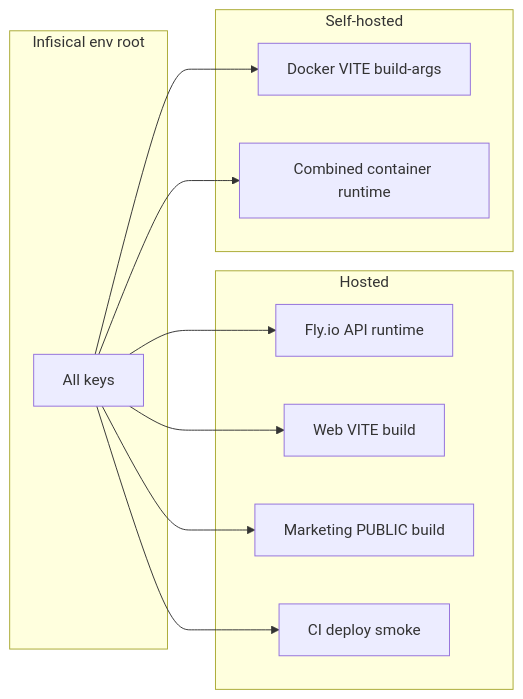
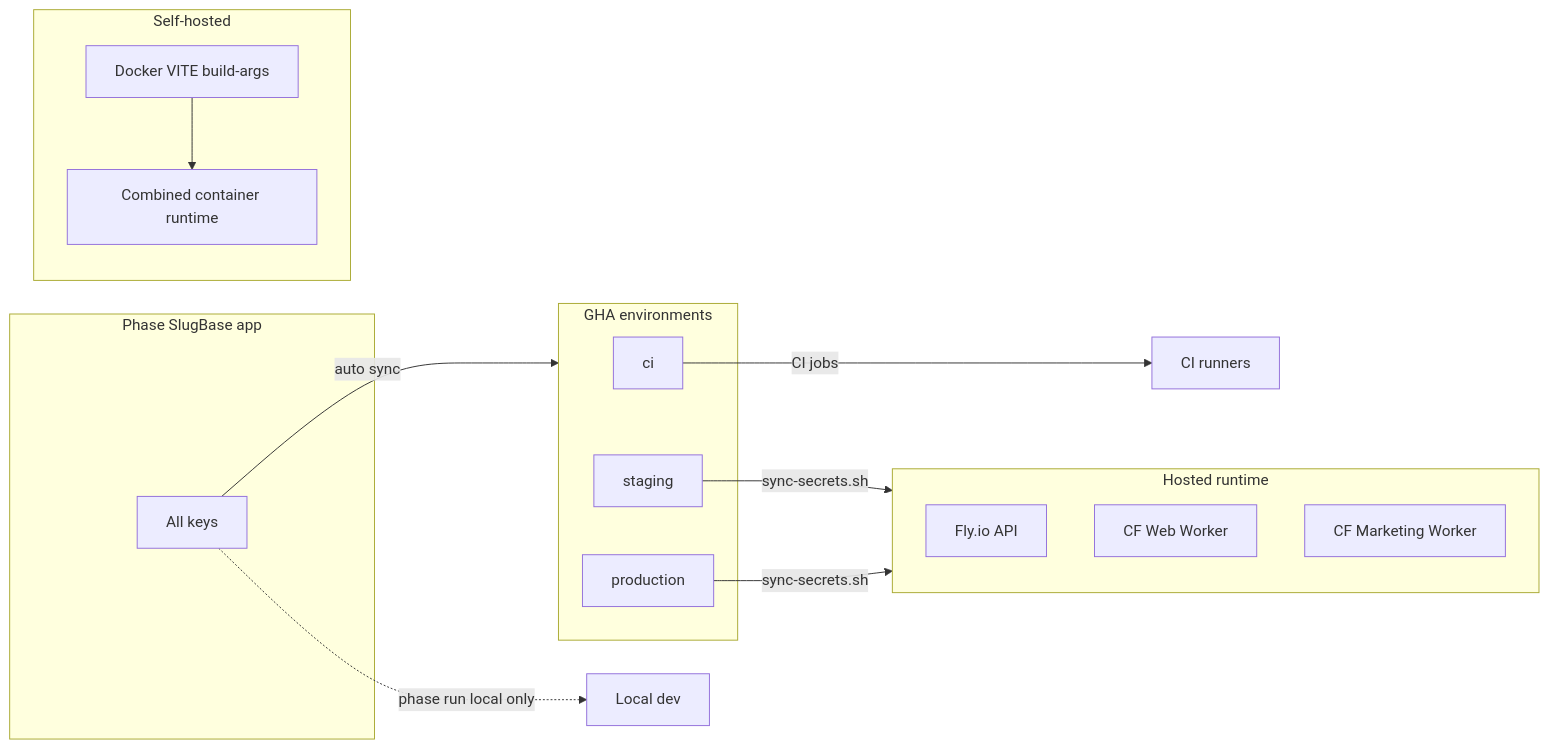
Before and after one commit to mdg-labs/slugbase: the diagram in docs/internal/environment-variables.md, drawn with Mermaid. The commit also changed other lines of this file and 3 other files, not shown here.

First line of the commit message:
docs(ci)[#472]: document PipeWatch pipeline and Phase secrets model

````diff
--- a/docs/internal/environment-variables.md
+++ b/docs/internal/environment-variables.md
@@ -136,22 +144,26 @@
 ```mermaid
 flowchart LR
-  subgraph infisical [Infisical env root]
+  subgraph phase [Phase SlugBase app]
     keys[All keys]
   end
-  subgraph hosted [Hosted]
-    fly[Fly.io API runtime]
-    webBuild[Web VITE build]
-    mktBuild[Marketing PUBLIC build]
-    ci[CI deploy smoke]
+  subgraph gha [GHA environments]
+    ciEnv[ci]
+    stgEnv[staging]
+    prodEnv[production]
+  end
+  subgraph hosted [Hosted runtime]
+    fly[Fly.io API]
+    webWorker[CF Web Worker]
+    mktWorker[CF Marketing Worker]
   end
   subgraph selfhost [Self-hosted]
     dockerBuild[Docker VITE build-args]
     container[Combined container runtime]
   end
-  keys --> fly
-  keys --> webBuild
-  keys --> mktBuild
-  keys --> ci
-  keys --> dockerBuild
-  keys --> container
+  keys -->|auto sync| gha
+  ciEnv -->|CI jobs| ciRunner[CI runners]
+  stgEnv -->|sync-secrets.sh| hosted
+  prodEnv -->|sync-secrets.sh| hosted
+  keys -.->|phase run local only| localDev[Local dev]
+  dockerBuild --> container
 ```
````
